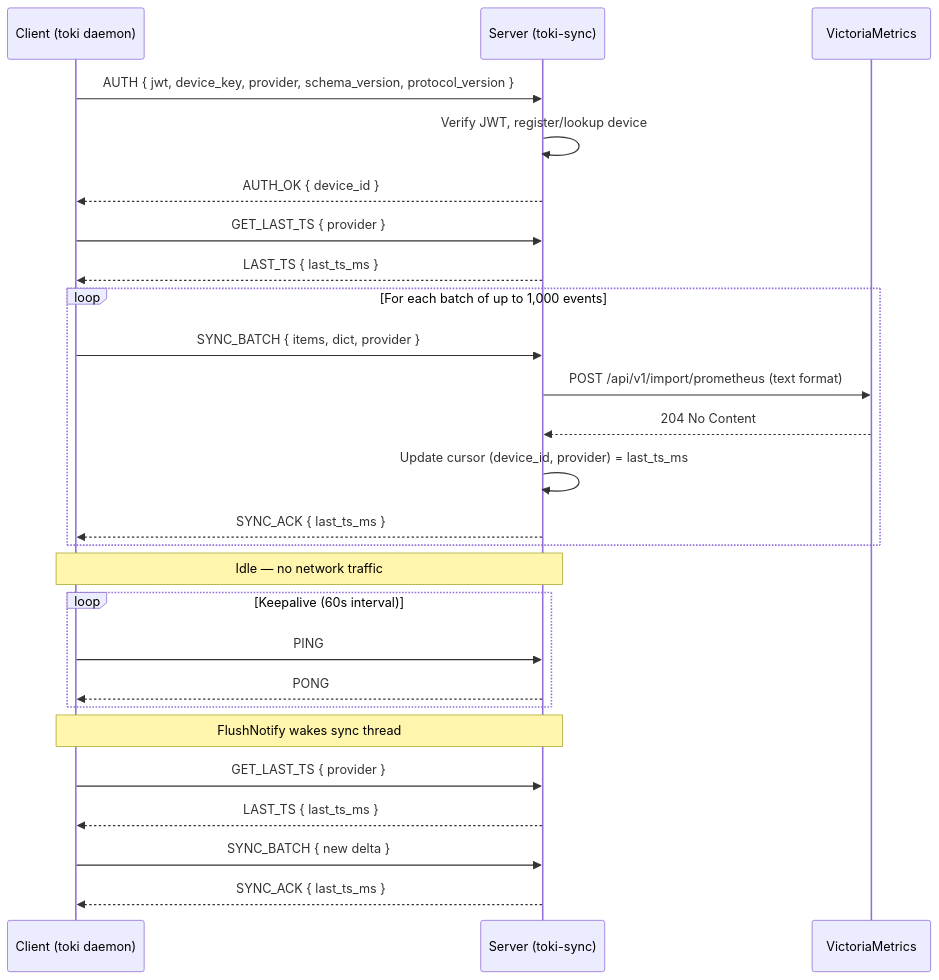
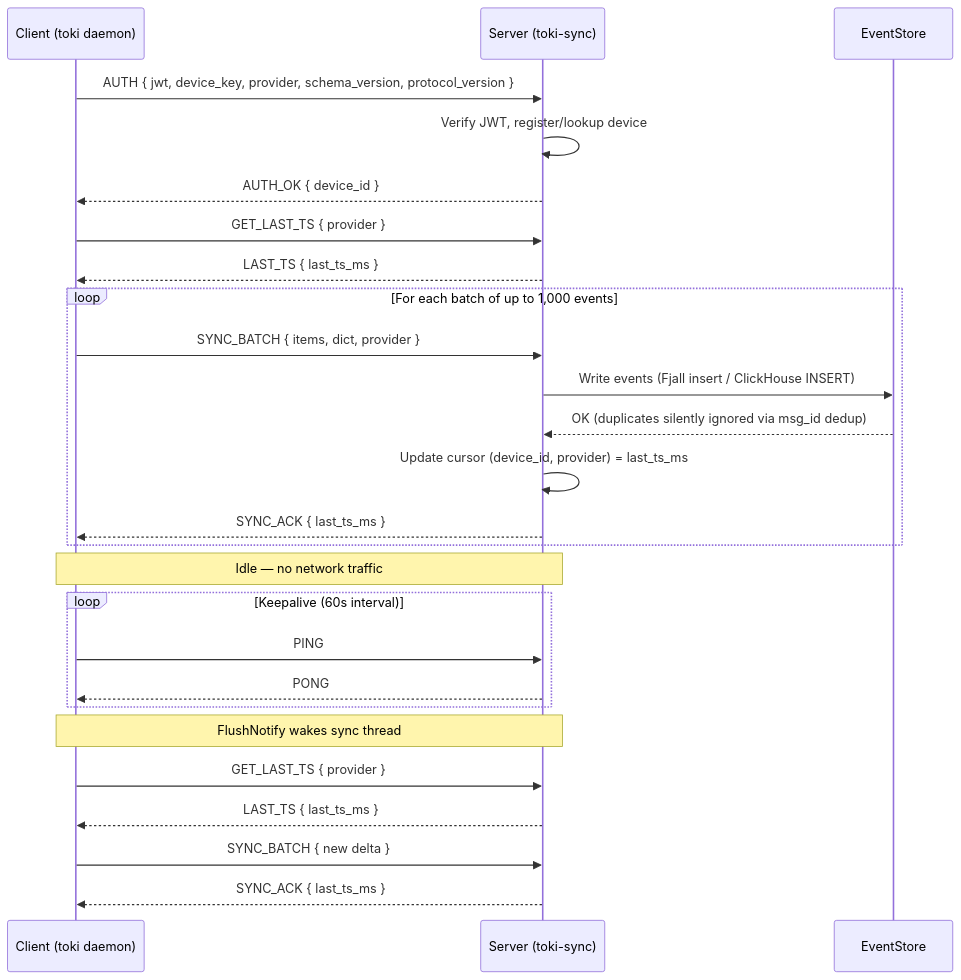
The second of 3 diagrams in docs/DESIGN.md (korjwl1/toki-sync), drawn with Mermaid before and after one commit. The commit also changed other lines of this file and 20 other files, not shown here.

First line of the commit message:
docs: update all documentation for EventStore architecture

````diff
--- a/docs/DESIGN.md
+++ b/docs/DESIGN.md
@@ -119,35 +120,35 @@
 ```mermaid
 sequenceDiagram
     participant C as Client (toki daemon)
     participant S as Server (toki-sync)
-    participant VM as VictoriaMetrics
+    participant ES as EventStore
 
     C->>S: AUTH { jwt, device_key, provider, schema_version, protocol_version }
     S->>S: Verify JWT, register/lookup device
     S-->>C: AUTH_OK { device_id }
 
     C->>S: GET_LAST_TS { provider }
     S-->>C: LAST_TS { last_ts_ms }
 
     loop For each batch of up to 1,000 events
         C->>S: SYNC_BATCH { items, dict, provider }
-        S->>VM: POST /api/v1/import/prometheus (text format)
-        VM-->>S: 204 No Content
+        S->>ES: Write events (Fjall insert / ClickHouse INSERT)
+        ES-->>S: OK (duplicates silently ignored via msg_id dedup)
         S->>S: Update cursor (device_id, provider) = last_ts_ms
         S-->>C: SYNC_ACK { last_ts_ms }
     end
 
     Note over C,S: Idle — no network traffic
 
     loop Keepalive (60s interval)
         C->>S: PING
         S-->>C: PONG
     end
 
     Note over C,S: FlushNotify wakes sync thread
 
     C->>S: GET_LAST_TS { provider }
     S-->>C: LAST_TS { last_ts_ms }
     C->>S: SYNC_BATCH { new delta }
     S-->>C: SYNC_ACK { last_ts_ms }
 ```
````
